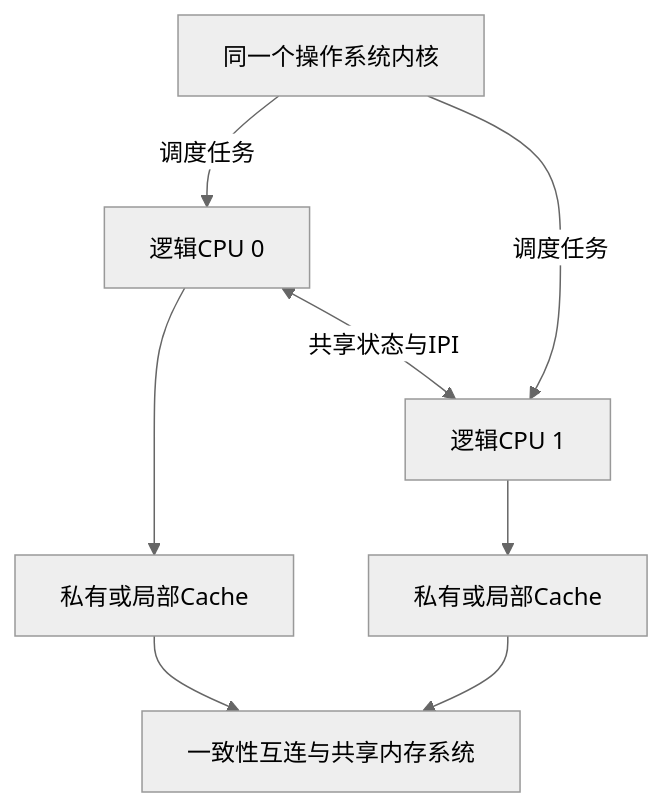
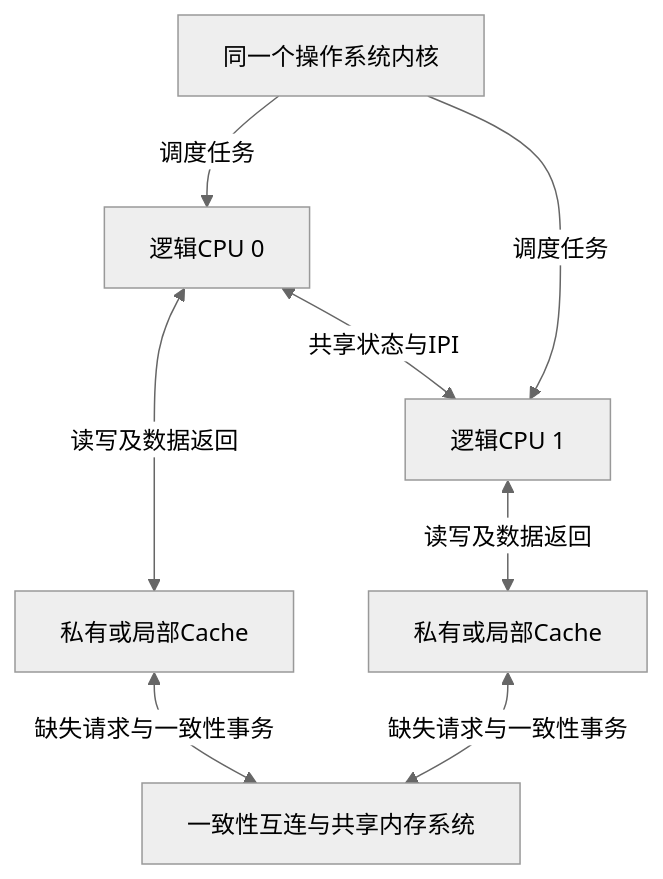
One commit to FormingSystem/linux_note changed the first of 2 diagrams in knowledge/foundations/computer_architecture/cache_coherence/P01_缓存一致性问题与缓存行.md. Above: the diagram before and after it, drawn with Mermaid (neutral theme). The commit also changed other lines of this file and 10 other files, not shown here.

First line of the commit message:
content(architecture/cache): 重建缓存一致性事务与硬件职责的因果讲解

````diff
--- a/knowledge/foundations/computer_architecture/cache_coherence/P01_缓存一致性问题与缓存行.md
+++ b/knowledge/foundations/computer_architecture/cache_coherence/P01_缓存一致性问题与缓存行.md
@@ -28,10 +30,10 @@
 ```mermaid
 flowchart TD
     K["同一个操作系统内核"] -->|"调度任务"| C0["逻辑CPU 0"]
     K -->|"调度任务"| C1["逻辑CPU 1"]
-    C0 --> L0["私有或局部Cache"]
-    C1 --> L1["私有或局部Cache"]
-    L0 --> I["一致性互连与共享内存系统"]
-    L1 --> I
+    C0 <-->|"读写及数据返回"| L0["私有或局部Cache"]
+    C1 <-->|"读写及数据返回"| L1["私有或局部Cache"]
+    L0 <-->|"缺失请求与一致性事务"| I["一致性互连与共享内存系统"]
+    L1 <-->|"缺失请求与一致性事务"| I
     C0 <-->|"共享状态与IPI"| C1
 ```
````
